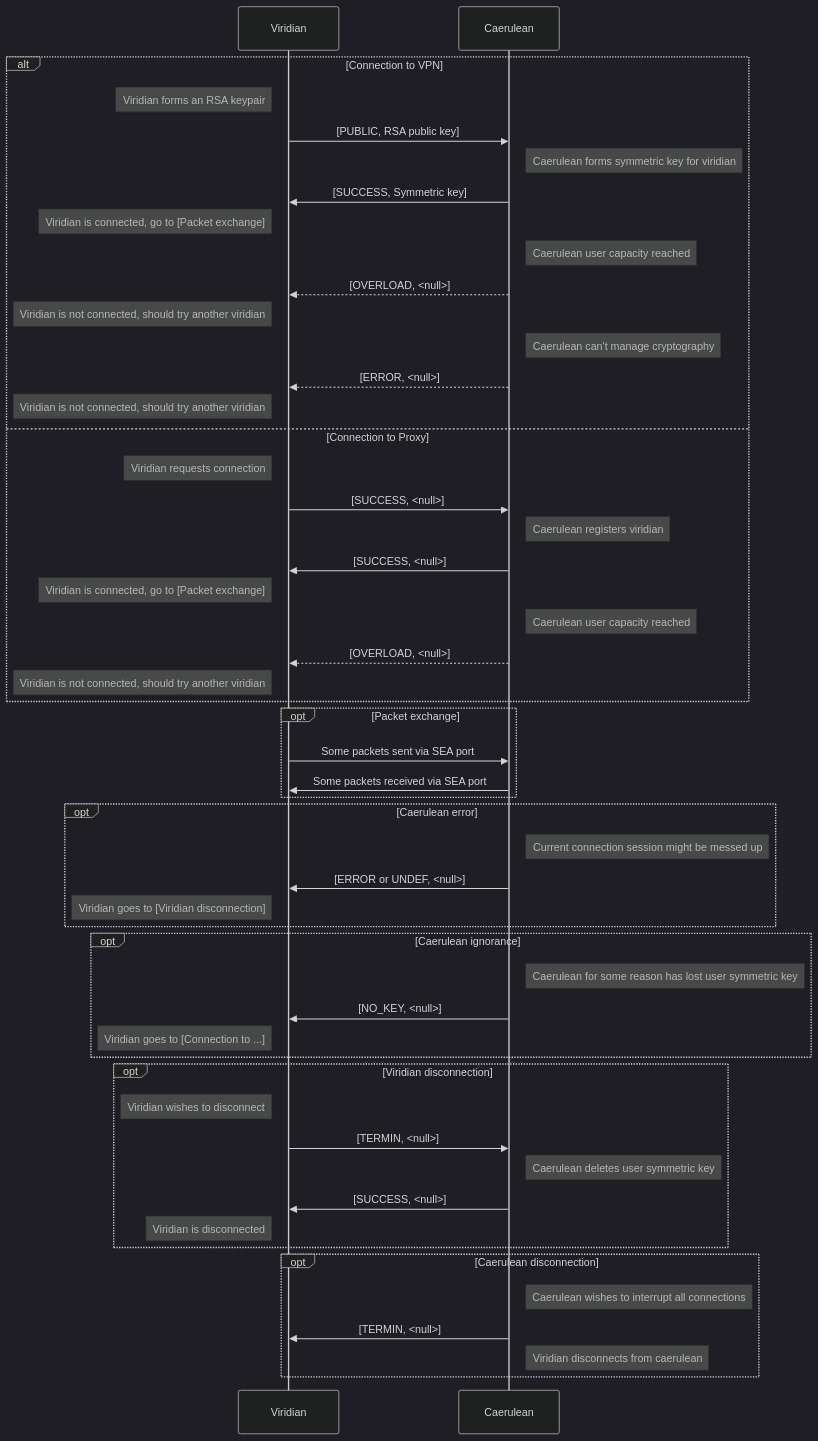
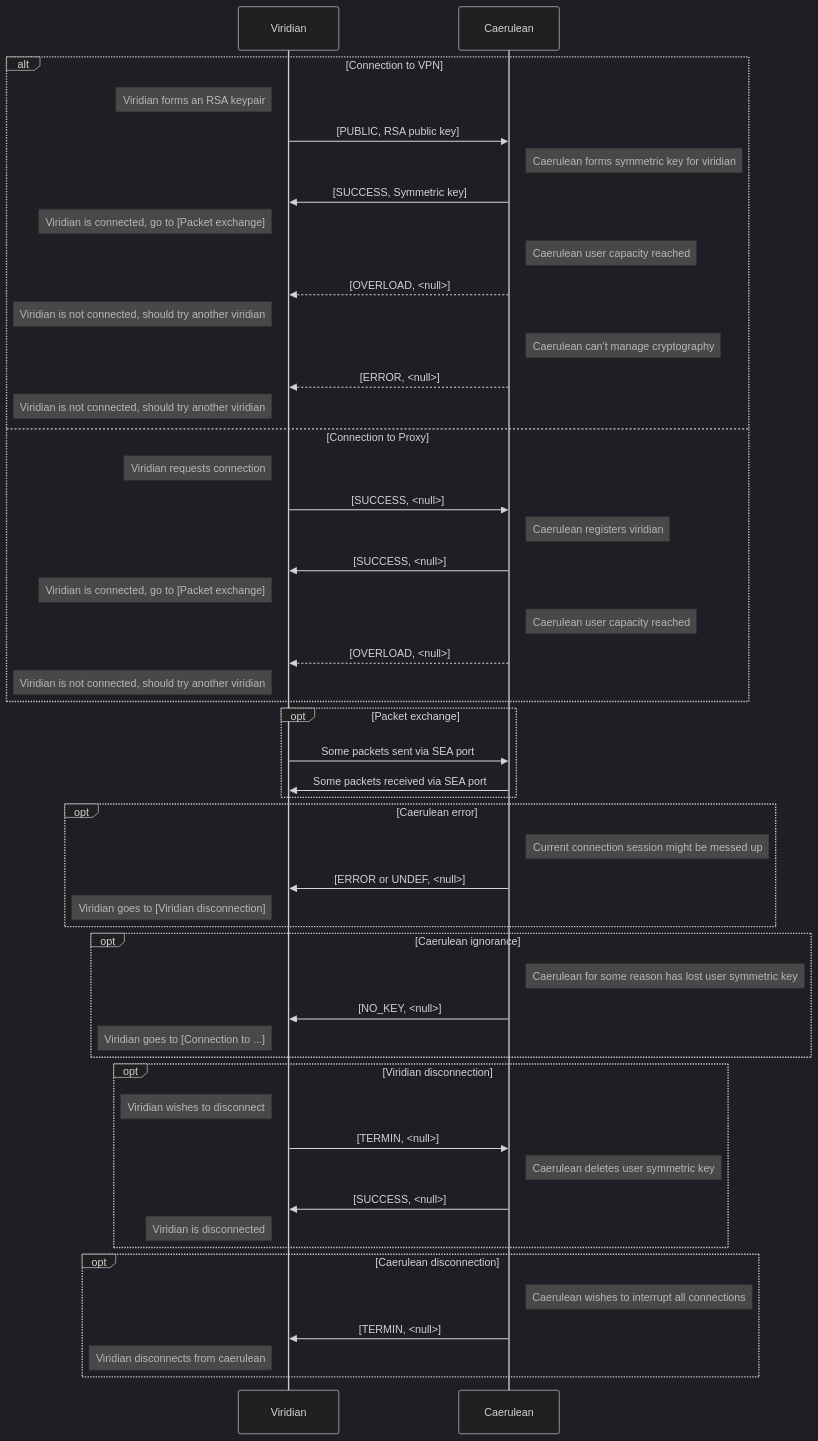
The second of 2 diagrams in README.md (pseusys/SeasideVPN), drawn with Mermaid (dark theme) before and after one commit.

Commit message:
small readme fix

````diff
--- a/README.md
+++ b/README.md
@@ -125,62 +125,62 @@
 ```mermaid
 sequenceDiagram
     participant Viridian
     participant Caerulean
 
     link Viridian: Viridian @ https://github.com/pseusys/SeasideVPN/blob/main/viridian/algae/README.md
     link Caerulean: Caerulean @ https://github.com/pseusys/SeasideVPN/blob/main/caerulean/whirlpool/README.md
 
     alt Connection to VPN
         Note left of Viridian: Viridian forms an RSA keypair
         Viridian ->> Caerulean: [PUBLIC, RSA public key]
         Note right of Caerulean: Caerulean forms symmetric key for viridian
         Caerulean ->> Viridian: [SUCCESS, Symmetric key]
         Note left of Viridian: Viridian is connected, go to [Packet exchange]
         Note right of Caerulean: Caerulean user capacity reached
         Caerulean -->> Viridian: [OVERLOAD, <null>]
         Note left of Viridian: Viridian is not connected, should try another viridian
         Note right of Caerulean: Caerulean can't manage cryptography
         Caerulean -->> Viridian: [ERROR, <null>]
         Note left of Viridian: Viridian is not connected, should try another viridian
     else Connection to Proxy
         Note left of Viridian: Viridian requests connection
         Viridian ->> Caerulean: [SUCCESS, <null>]
         Note right of Caerulean: Caerulean registers viridian
         Caerulean ->> Viridian: [SUCCESS, <null>]
         Note left of Viridian: Viridian is connected, go to [Packet exchange]
         Note right of Caerulean: Caerulean user capacity reached
         Caerulean -->> Viridian: [OVERLOAD, <null>]
         Note left of Viridian: Viridian is not connected, should try another viridian
     end
 
     opt Packet exchange
         Viridian ->> Caerulean: Some packets sent via SEA port
         Caerulean ->> Viridian: Some packets received via SEA port
     end
 
     opt Caerulean error
         Note right of Caerulean: Current connection session might be messed up
         Caerulean ->> Viridian: [ERROR or UNDEF, <null>]
         Note left of Viridian: Viridian goes to [Viridian disconnection]
     end
 
     opt Caerulean ignorance
         Note right of Caerulean: Caerulean for some reason has lost user symmetric key
         Caerulean ->> Viridian: [NO_KEY, <null>]
         Note left of Viridian: Viridian goes to [Connection to ...]
     end
 
     opt Viridian disconnection
         Note left of Viridian: Viridian wishes to disconnect
         Viridian ->> Caerulean: [TERMIN, <null>]
         Note right of Caerulean: Caerulean deletes user symmetric key
         Caerulean ->> Viridian: [SUCCESS, <null>]
         Note left of Viridian: Viridian is disconnected
     end
 
     opt Caerulean disconnection
         Note right of Caerulean: Caerulean wishes to interrupt all connections
         Caerulean ->> Viridian: [TERMIN, <null>]
-        Note right of Caerulean: Viridian disconnects from caerulean
+        Note left of Viridian: Viridian disconnects from caerulean
     end
 ```
````
